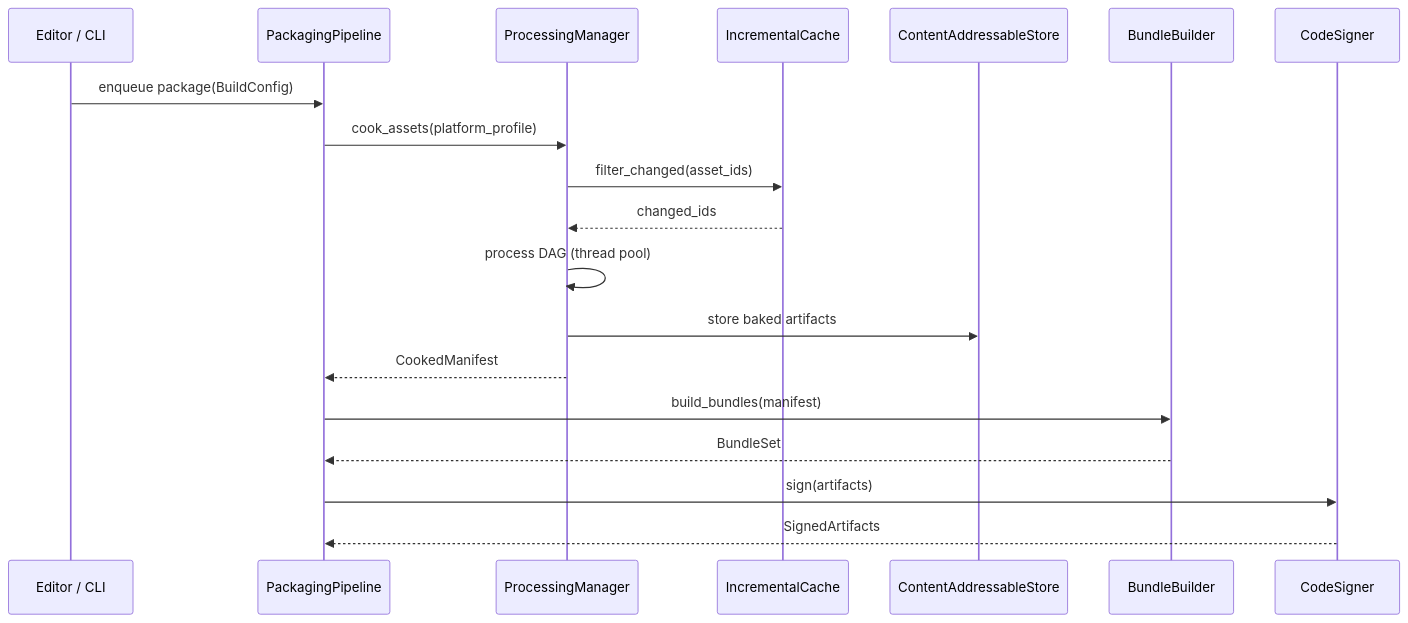
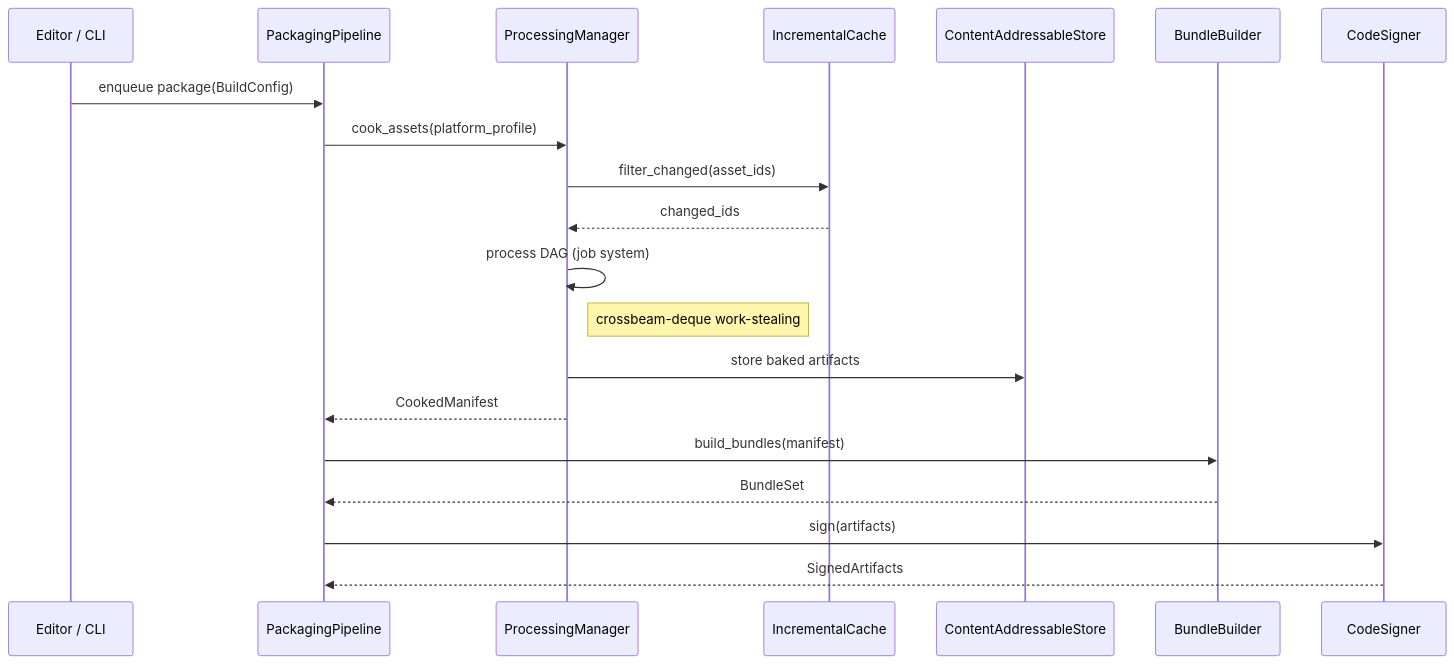
Before and after one commit to harmonius-dev/harmonius: the first of 2 diagrams in docs/design/integration/asset-pipeline-build-deploy.md, drawn with Mermaid. The commit also changed other lines of this file and 57 other files, not shown here.

````diff
--- a/docs/design/integration/asset-pipeline-build-deploy.md
+++ b/docs/design/integration/asset-pipeline-build-deploy.md
@@ -60,22 +86,23 @@
 ```mermaid
 sequenceDiagram
     participant ED as Editor / CLI
     participant PK as PackagingPipeline
     participant PM as ProcessingManager
     participant IC as IncrementalCache
     participant CAS as ContentAddressableStore
     participant BD as BundleBuilder
     participant CS as CodeSigner
 
     ED->>PK: enqueue package(BuildConfig)
     PK->>PM: cook_assets(platform_profile)
     PM->>IC: filter_changed(asset_ids)
     IC-->>PM: changed_ids
-    PM->>PM: process DAG (thread pool)
+    PM->>PM: process DAG (job system)
+    Note right of PM: crossbeam-deque work-stealing
     PM->>CAS: store baked artifacts
     PM-->>PK: CookedManifest
     PK->>BD: build_bundles(manifest)
     BD-->>PK: BundleSet
     PK->>CS: sign(artifacts)
     CS-->>PK: SignedArtifacts
 ```
````
